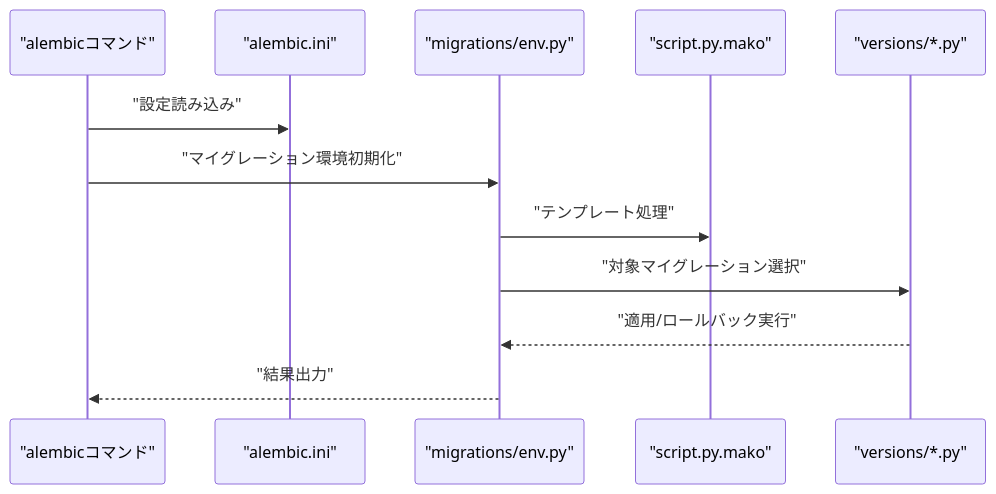
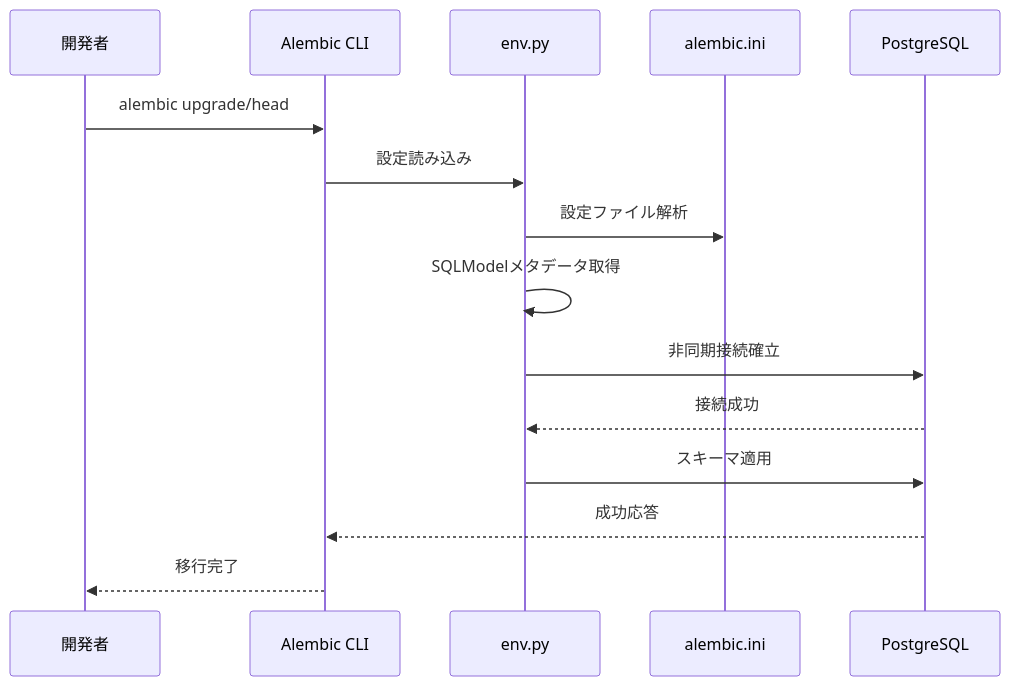
Before and after one commit to ss8806/Todos: the third of 8 diagrams in .qoder/repowiki/ja/content/データベース設計/データベースマイグレーション.md, drawn with Mermaid. The commit also changed other lines of this file and 106 other files, not shown here.

````diff
--- a/.qoder/repowiki/ja/content/データベース設計/データベースマイグレーション.md
+++ b/.qoder/repowiki/ja/content/データベース設計/データベースマイグレーション.md
@@ -86,14 +160,17 @@
 ```mermaid
 sequenceDiagram
-participant CLI as "alembicコマンド"
-participant Ini as "alembic.ini"
-participant Env as "migrations/env.py"
-participant Script as "script.py.mako"
-participant Versions as "versions/*.py"
-CLI->>Ini : "設定読み込み"
-CLI->>Env : "マイグレーション環境初期化"
-Env->>Script : "テンプレート処理"
-Env->>Versions : "対象マイグレーション選択"
-Versions-->>Env : "適用/ロールバック実行"
-Env-->>CLI : "結果出力"
+participant Dev as 開発者
+participant Alembic as Alembic CLI
+participant Env as env.py
+participant Config as alembic.ini
+participant DB as PostgreSQL
+Dev->>Alembic : alembic upgrade/head
+Alembic->>Env : 設定読み込み
+Env->>Config : 設定ファイル解析
+Env->>Env : SQLModelメタデータ取得
+Env->>DB : 非同期接続確立
+DB-->>Env : 接続成功
+Env->>DB : スキーマ適用
+DB-->>Alembic : 成功応答
+Alembic-->>Dev : 移行完了
 ```
````
